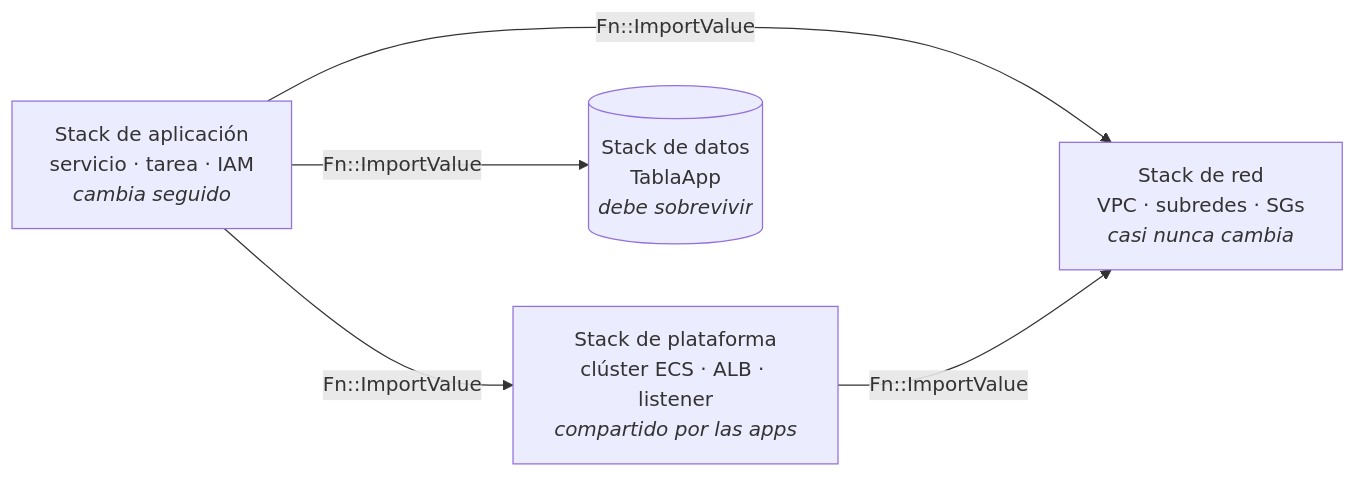
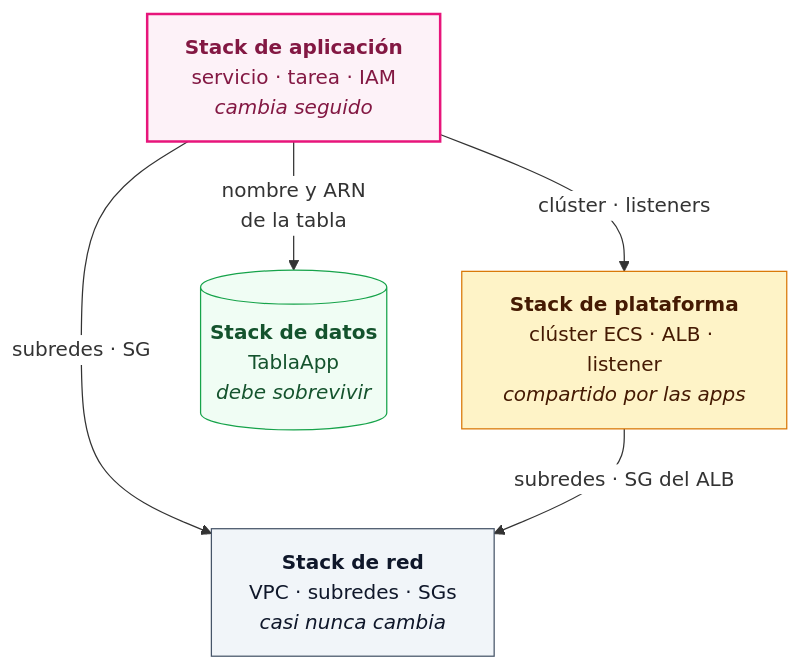
Before and after one commit to cloudbridgeuy/courses: the diagram in content/aws-devops/12-separar-stacks.md, drawn with Mermaid. The commit also changed other lines of this file and 4 other files, not shown here.

````diff
--- a/content/aws-devops/12-separar-stacks.md
+++ b/content/aws-devops/12-separar-stacks.md
@@ -335,11 +377,22 @@
 ```mermaid
-flowchart LR
-  APP["Stack de aplicación<br/>servicio · tarea · IAM<br/><i>cambia seguido</i>"]
-  PLAT["Stack de plataforma<br/>clúster ECS · ALB · listener<br/><i>compartido por las apps</i>"]
-  RED["Stack de red<br/>VPC · subredes · SGs<br/><i>casi nunca cambia</i>"]
-  DATOS[("Stack de datos<br/>TablaApp<br/><i>debe sobrevivir</i>")]
-  APP -->|Fn::ImportValue| PLAT
-  APP -->|Fn::ImportValue| RED
-  APP -->|Fn::ImportValue| DATOS
-  PLAT -->|Fn::ImportValue| RED
+%%{init: {"flowchart": {"nodeSpacing": 60, "rankSpacing": 55}, "themeVariables": {"edgeLabelBackground": "#ffffff"}}}%%
+flowchart TB
+  APP["<b>Stack de aplicación</b><br/>servicio · tarea · IAM<br/><i>cambia seguido</i>"]
+  PLAT["<b>Stack de plataforma</b><br/>clúster ECS · ALB · listener<br/><i>compartido por las apps</i>"]
+  DATOS[("<b>Stack de datos</b><br/>TablaApp<br/><i>debe sobrevivir</i>")]
+  RED["<b>Stack de red</b><br/>VPC · subredes · SGs<br/><i>casi nunca cambia</i>"]
+
+  APP -->|"clúster · listeners"| PLAT
+  APP -->|"nombre y ARN<br/>de la tabla"| DATOS
+  APP -->|"subredes · SG"| RED
+  PLAT -->|"subredes · SG del ALB"| RED
+
+  classDef appNode fill:#fdf2f8,stroke:#e7157b,stroke-width:2px,color:#831843
+  classDef platNode fill:#fef3c7,stroke:#d97706,color:#451a03
+  classDef datosNode fill:#f0fdf4,stroke:#16a34a,color:#14532d
+  classDef redNode fill:#f1f5f9,stroke:#475569,color:#0f172a
+  class APP appNode
+  class PLAT platNode
+  class DATOS datosNode
+  class RED redNode
 ```
````
